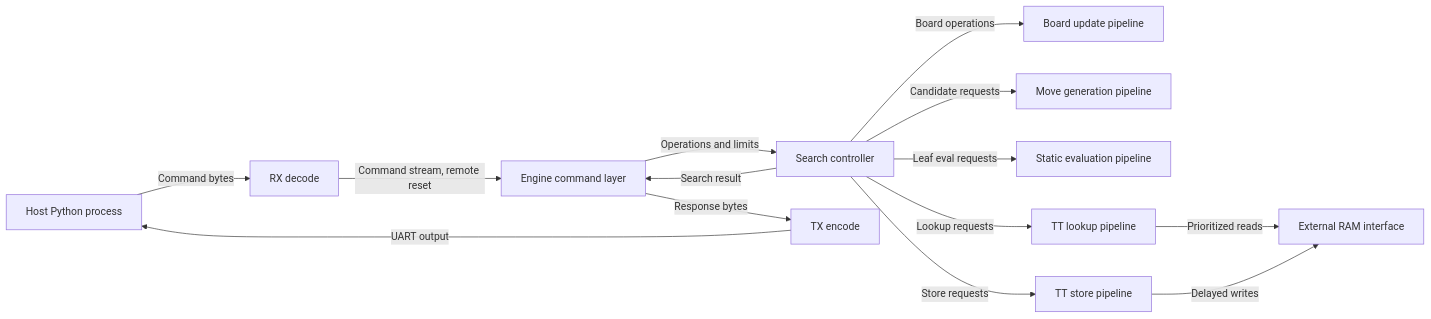
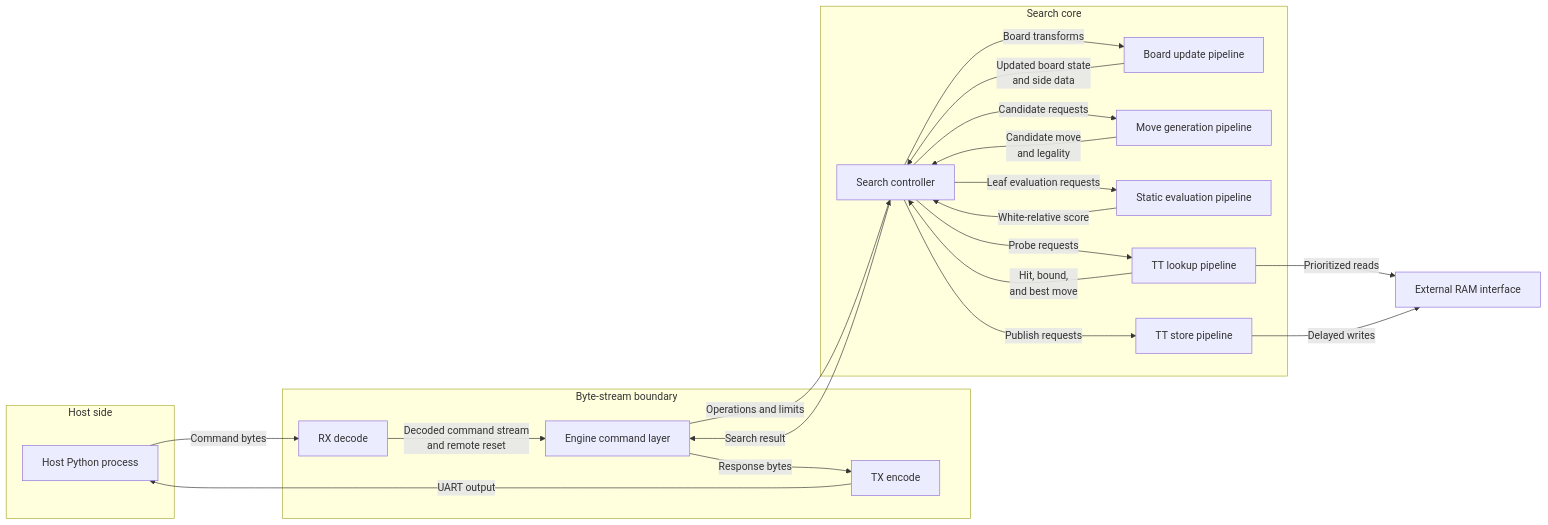
Before and after one commit to 3met/FPGA-Chess: the diagram in docs/architecture/chip-design.md, drawn with Mermaid. The commit also changed other lines of this file and 14 other files, not shown here.

````diff
--- a/docs/architecture/chip-design.md
+++ b/docs/architecture/chip-design.md
@@ -28,28 +30,45 @@
 ```mermaid
 flowchart LR
-    Host["Host Python process"]
-    RX["RX decode"]
-    Engine["Engine command layer"]
-    Search["Search controller"]
-    BoardUpdate["Board update pipeline"]
-    MoveGen["Move generation pipeline"]
-    StaticEval["Static evaluation pipeline"]
-    TTLookup["TT lookup pipeline"]
-    TTStore["TT store pipeline"]
+    subgraph HostSide["Host side"]
+        Host["Host Python process"]
+    end
+
+    subgraph IO["Byte-stream boundary"]
+        RX["RX decode"]
+        Engine["Engine command layer"]
+        TX["TX encode"]
+    end
+
+    subgraph SearchCore["Search core"]
+        Search["Search controller"]
+        BoardUpdate["Board update pipeline"]
+        MoveGen["Move generation pipeline"]
+        StaticEval["Static evaluation pipeline"]
+        TTLookup["TT lookup pipeline"]
+        TTStore["TT store pipeline"]
+    end
+
     RAM["External RAM interface"]
-    TX["TX encode"]
 
     Host -->|"Command bytes"| RX
-    RX -->|"Command stream, remote reset"| Engine
+    RX -->|"Decoded command stream\nand remote reset"| Engine
     Engine -->|"Operations and limits"| Search
-    Search -->|"Board operations"| BoardUpdate
+
+    Search -->|"Board transforms"| BoardUpdate
     Search -->|"Candidate requests"| MoveGen
-    Search -->|"Leaf eval requests"| StaticEval
-    Search -->|"Lookup requests"| TTLookup
-    Search -->|"Store requests"| TTStore
+    Search -->|"Leaf evaluation requests"| StaticEval
+    Search -->|"Probe requests"| TTLookup
+    Search -->|"Publish requests"| TTStore
+
+    BoardUpdate -->|"Updated board state\nand side data"| Search
+    MoveGen -->|"Candidate move\nand legality"| Search
+    StaticEval -->|"White-relative score"| Search
+    TTLookup -->|"Hit, bound,\nand best move"| Search
+
     TTLookup -->|"Prioritized reads"| RAM
     TTStore -->|"Delayed writes"| RAM
+
     Search -->|"Search result"| Engine
     Engine -->|"Response bytes"| TX
     TX -->|"UART output"| Host
 ```
````
